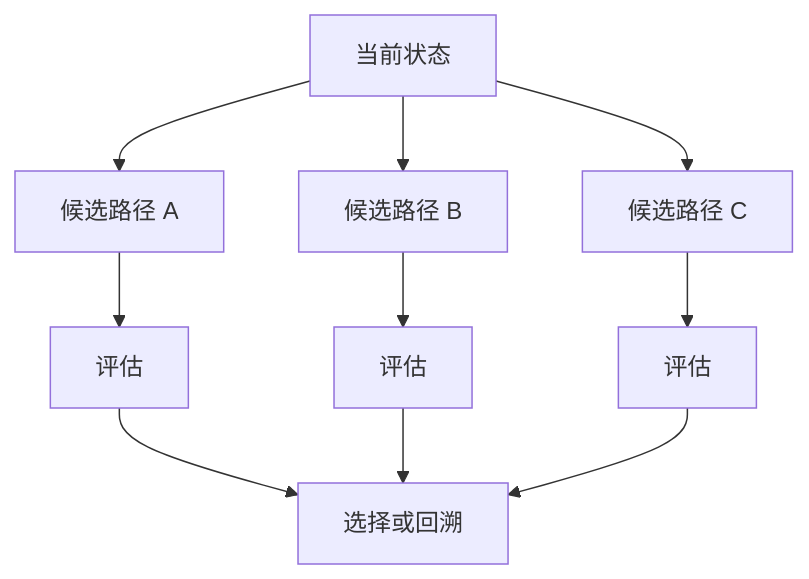
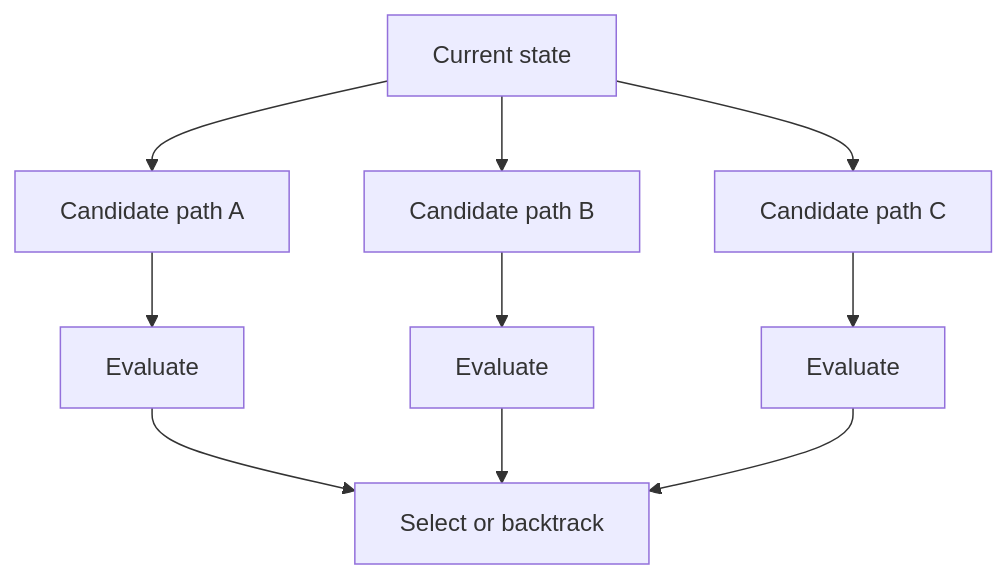
One commit to oneleaveknowsthefall/awesome-ai-roadmap changed the fifth of 8 diagrams in docs/agent/01-foundations/02-agent-architecture.md. Above: the diagram before and after it, drawn with Mermaid. The commit also changed other lines of this file and 68 other files, not shown here.

````diff
--- a/docs/agent/01-foundations/02-agent-architecture.md
+++ b/docs/agent/01-foundations/02-agent-architecture.md
@@ -494,12 +498,12 @@
 ```mermaid
 flowchart TB
-    S[当前状态] --> A[候选路径 A]
-    S --> B[候选路径 B]
-    S --> C[候选路径 C]
-    A --> EA[评估]
-    B --> EB[评估]
-    C --> EC[评估]
-    EA --> BEST[选择或回溯]
+    S[Current state] --> A[Candidate path A]
+    S --> B[Candidate path B]
+    S --> C[Candidate path C]
+    A --> EA[Evaluate]
+    B --> EB[Evaluate]
+    C --> EC[Evaluate]
+    EA --> BEST[Select or backtrack]
     EB --> BEST
     EC --> BEST
 ```
````
